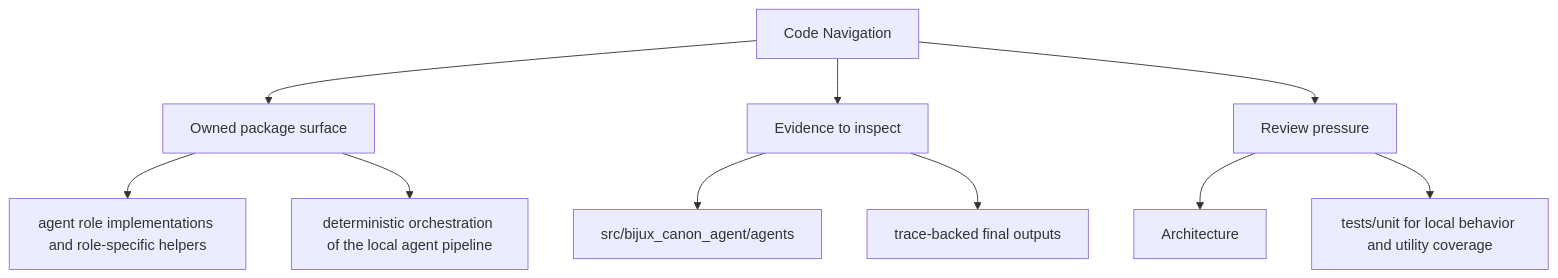
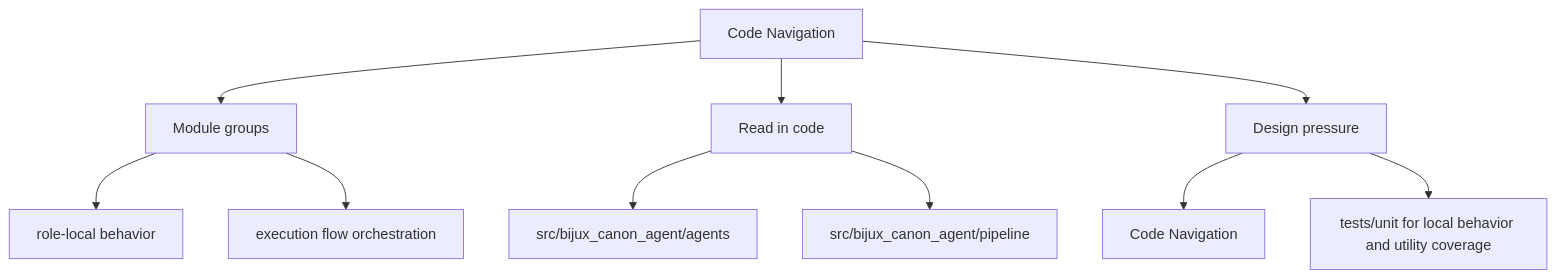
One commit to bijux/bijux-canon changed the second of 2 diagrams in docs/bijux-canon-agent/architecture/code-navigation.md. Above: the diagram before and after it, drawn with Mermaid. The commit also changed other lines of this file and 250 other files, not shown here.

Commit message:
docs(diagrams): make product page maps more readable

````diff
--- a/docs/bijux-canon-agent/architecture/code-navigation.md
+++ b/docs/bijux-canon-agent/architecture/code-navigation.md
@@ -33,22 +33,22 @@
 ```mermaid
 flowchart TD
     page["Code Navigation"]
-    focus1["Owned package surface"]
+    focus1["Module groups"]
     page --> focus1
-    focus1_1["agent role implementations and role-specific helpers"]
+    focus1_1["role-local behavior"]
     focus1 --> focus1_1
-    focus1_2["deterministic orchestration of the local agent pipeline"]
+    focus1_2["execution flow orchestration"]
     focus1 --> focus1_2
-    focus2["Evidence to inspect"]
+    focus2["Read in code"]
     page --> focus2
     focus2_1["src/bijux_canon_agent/agents"]
     focus2 --> focus2_1
-    focus2_2["trace-backed final outputs"]
+    focus2_2["src/bijux_canon_agent/pipeline"]
     focus2 --> focus2_2
-    focus3["Review pressure"]
+    focus3["Design pressure"]
     page --> focus3
-    focus3_1["Architecture"]
+    focus3_1["Code Navigation"]
     focus3 --> focus3_1
     focus3_2["tests/unit for local behavior and utility coverage"]
     focus3 --> focus3_2
 ```
````
